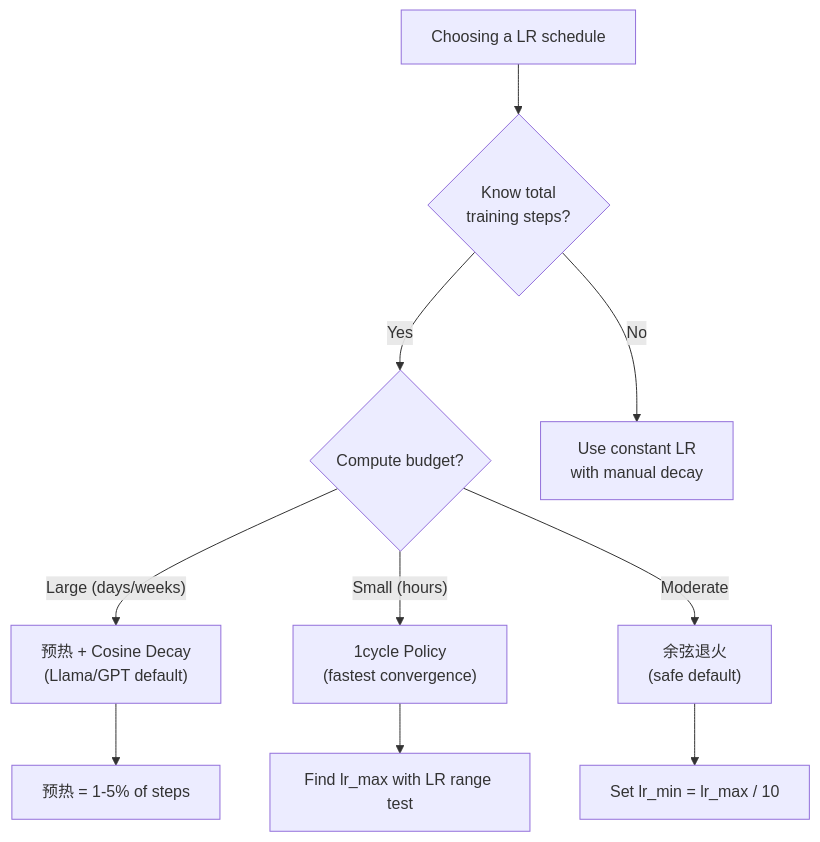
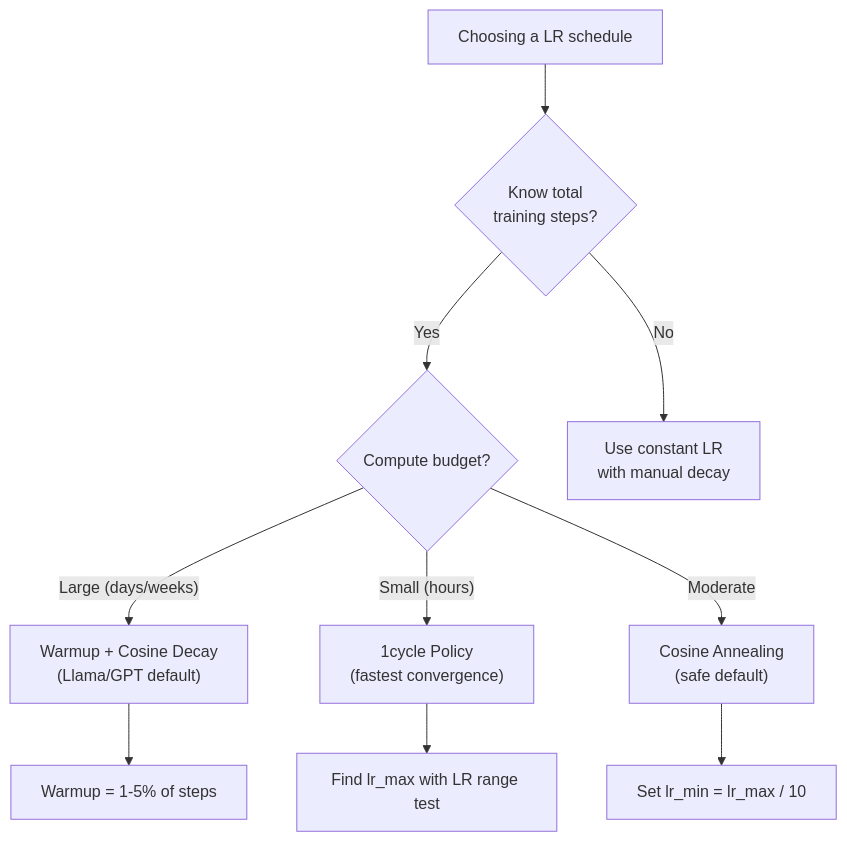
One commit to arwei944/ai-engineering-from-scratch changed the second of 3 diagrams in phases/03-deep-learning-core/09-learning-rate-schedules/docs/zh.md. Above: the diagram before and after it, drawn with Mermaid. The commit also changed other lines of this file and 65 other files, not shown here.

````diff
--- a/phases/03-deep-learning-core/09-learning-rate-schedules/docs/zh.md
+++ b/phases/03-deep-learning-core/09-learning-rate-schedules/docs/zh.md
@@ -127,15 +127,15 @@
 ```mermaid
 flowchart TD
     Start["Choosing a LR schedule"] --> Know{"Know total<br/>training steps?"}
 
     Know -->|"Yes"| Budget{"Compute budget?"}
     Know -->|"No"| Constant["Use constant LR<br/>with manual decay"]
 
-    Budget -->|"Large (days/weeks)"| WarmCos["预热 + Cosine Decay<br/>(Llama/GPT default)"]
+    Budget -->|"Large (days/weeks)"| WarmCos["Warmup + Cosine Decay<br/>(Llama/GPT default)"]
     Budget -->|"Small (hours)"| OneCycle["1cycle Policy<br/>(fastest convergence)"]
-    Budget -->|"Moderate"| Cosine["余弦退火<br/>(safe default)"]
+    Budget -->|"Moderate"| Cosine["Cosine Annealing<br/>(safe default)"]
 
-    WarmCos --> 预热["预热 = 1-5% of steps"]
+    WarmCos --> Warmup["Warmup = 1-5% of steps"]
     OneCycle --> FindLR["Find lr_max with LR range test"]
     Cosine --> MinLR["Set lr_min = lr_max / 10"]
 ```
````
